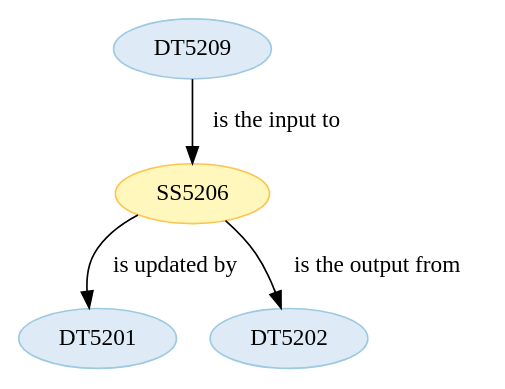
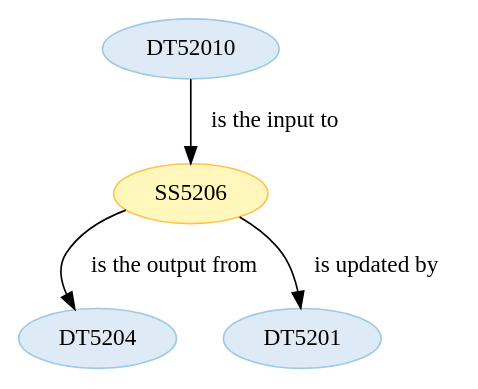
One commit to Marco-Salvi/cwl-test changed the diagram in wf5201/ST520106.dot. Above: the diagram before and after it, drawn with Graphviz. The commit also changed 24 other files, not shown here.

```diff
--- a/wf5201/ST520106.dot
+++ b/wf5201/ST520106.dot
@@ -1,18 +1,18 @@
 strict digraph {
 
+
+	"DT5204" [ color="2", colorscheme="blues3", fillcolor="1", style="filled",  weight=0 ];
 
 	"SS5206" [ color="2", colorscheme="ylorbr3", fillcolor="1", style="filled",  weight=0 ];
 
 	"SS5206" -> "DT5201" [ label="is updated by", labeltooltip="DT5201 - is updated by - SS5206",  weight=0 ];
 
-	"SS5206" -> "DT5202" [ label="is the output from", labeltooltip="DT5202 - is the output from - SS5206",  weight=0 ];
+	"SS5206" -> "DT5204" [ label="is the output from", labeltooltip="DT5204 - is the output from - SS5206",  weight=0 ];
 
 	"DT5201" [ color="2", colorscheme="blues3", fillcolor="1", style="filled",  weight=0 ];
 
-	"DT5202" [ color="2", colorscheme="blues3", fillcolor="1", style="filled",  weight=0 ];
+	"DT52010" [ color="2", colorscheme="blues3", fillcolor="1", style="filled",  weight=0 ];
 
-	"DT5209" [ color="2", colorscheme="blues3", fillcolor="1", style="filled",  weight=0 ];
-
-	"DT5209" -> "SS5206" [ label="is the input to", labeltooltip="DT5209 - is the input to - SS5206",  weight=0 ];
+	"DT52010" -> "SS5206" [ label="is the input to", labeltooltip="DT52010 - is the input to - SS5206",  weight=0 ];
 
 }
```
